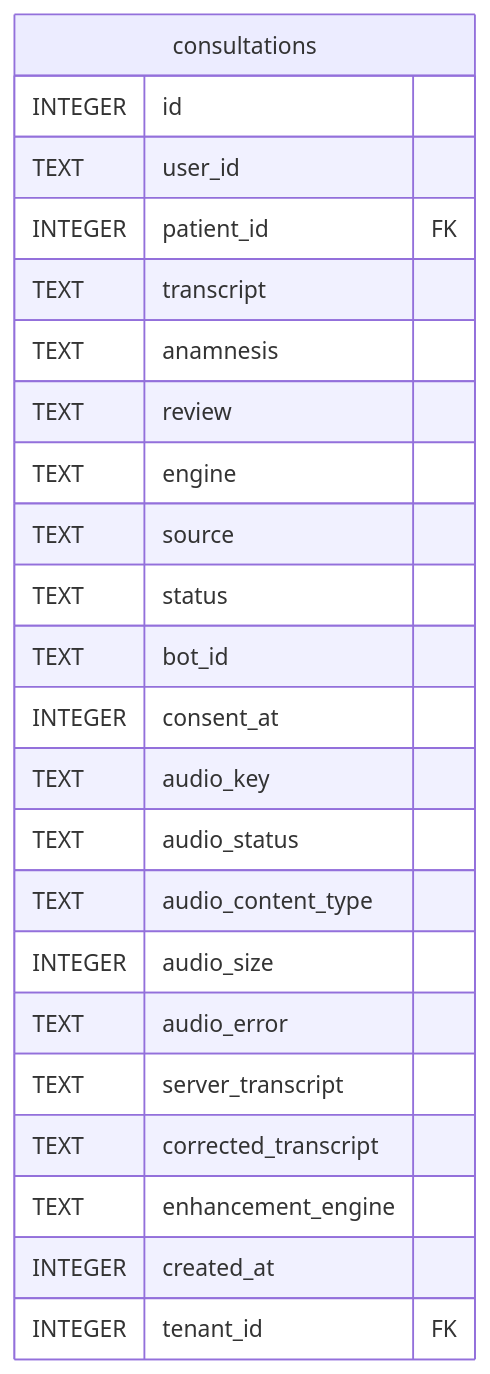
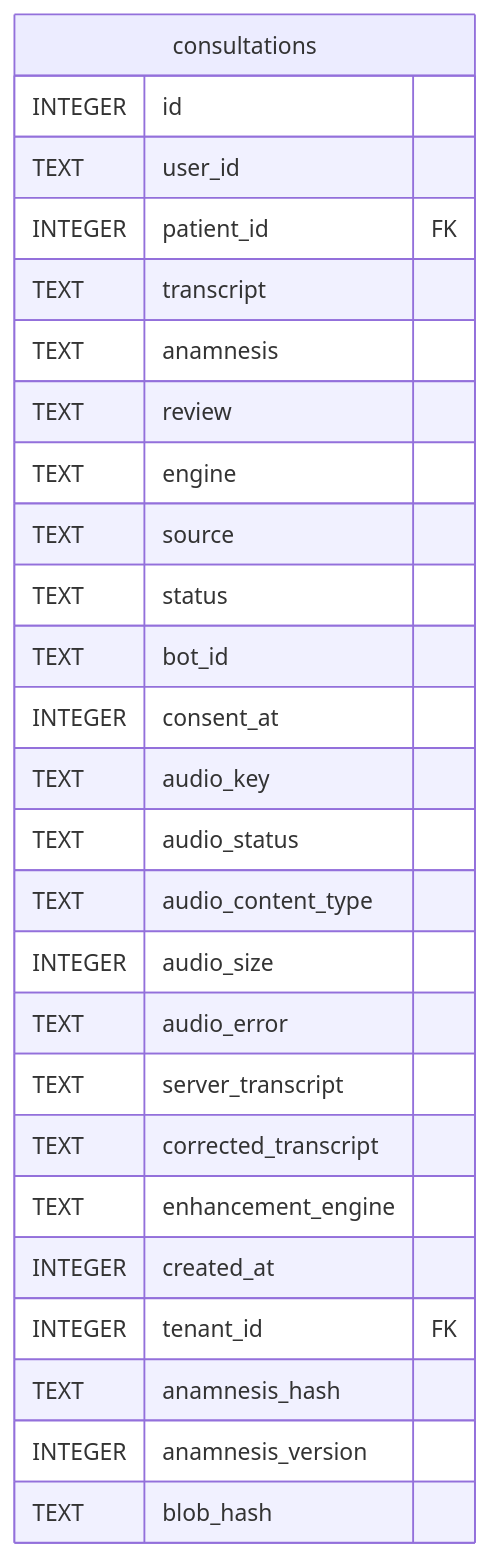
The diagram in content/docs/pt-BR/developers/plugins/consultations/reference/schema.mmd (ktbhealth/docs), drawn with Mermaid before and after one commit. The commit also changed 23 other files, not shown here.

Commit message:
docs(erd): add integrity domain, refresh consultations + schema

```diff
--- a/content/docs/pt-BR/developers/plugins/consultations/reference/schema.mmd
+++ b/content/docs/pt-BR/developers/plugins/consultations/reference/schema.mmd
@@ -1,26 +1,29 @@
 erDiagram
 
 
 "consultations" {
   INTEGER id
   TEXT user_id
   INTEGER patient_id FK
   TEXT transcript
   TEXT anamnesis
   TEXT review
   TEXT engine
   TEXT source
   TEXT status
   TEXT bot_id
   INTEGER consent_at
   TEXT audio_key
   TEXT audio_status
   TEXT audio_content_type
   INTEGER audio_size
   TEXT audio_error
   TEXT server_transcript
   TEXT corrected_transcript
   TEXT enhancement_engine
   INTEGER created_at
   INTEGER tenant_id FK
+  TEXT anamnesis_hash
+  INTEGER anamnesis_version
+  TEXT blob_hash
 }
```
